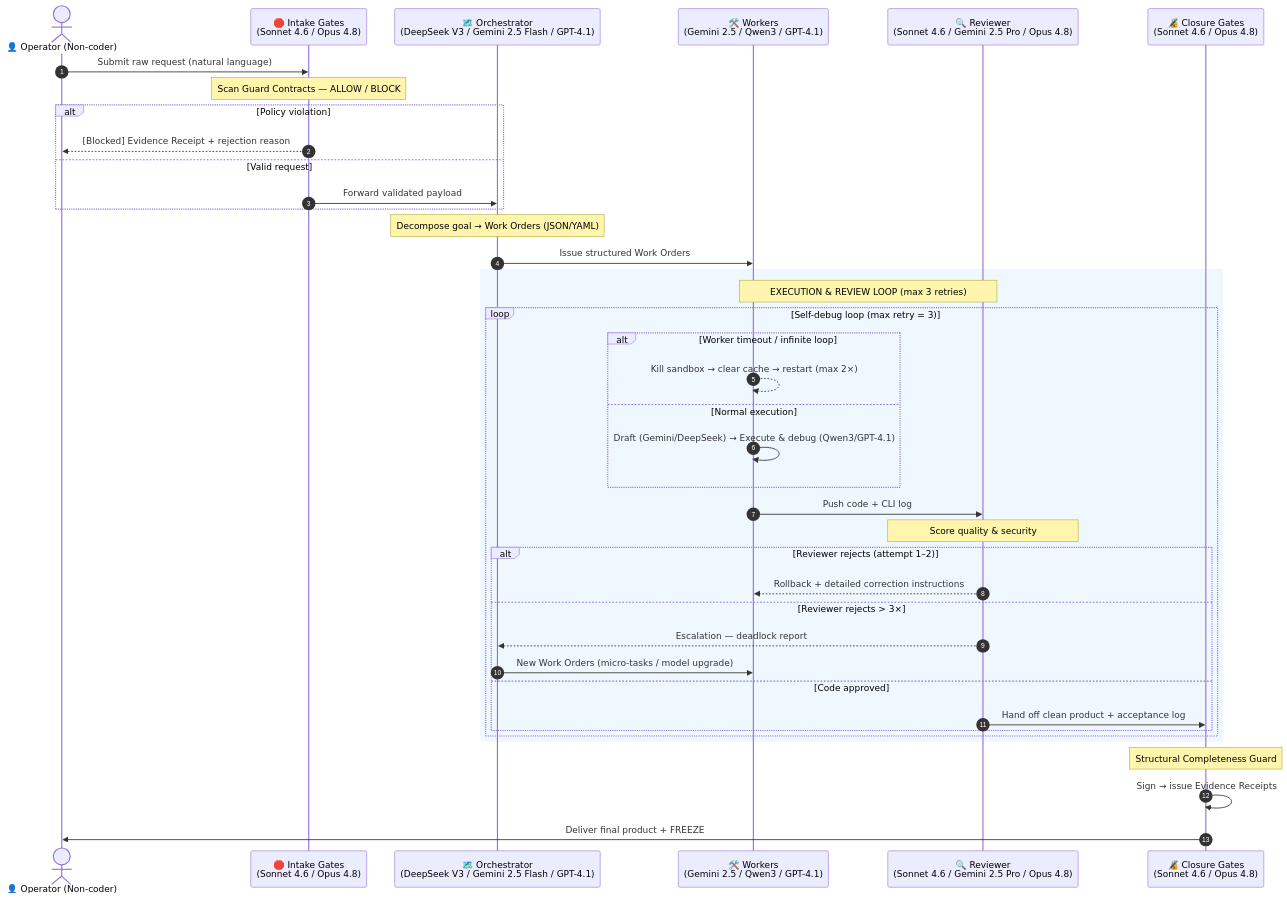
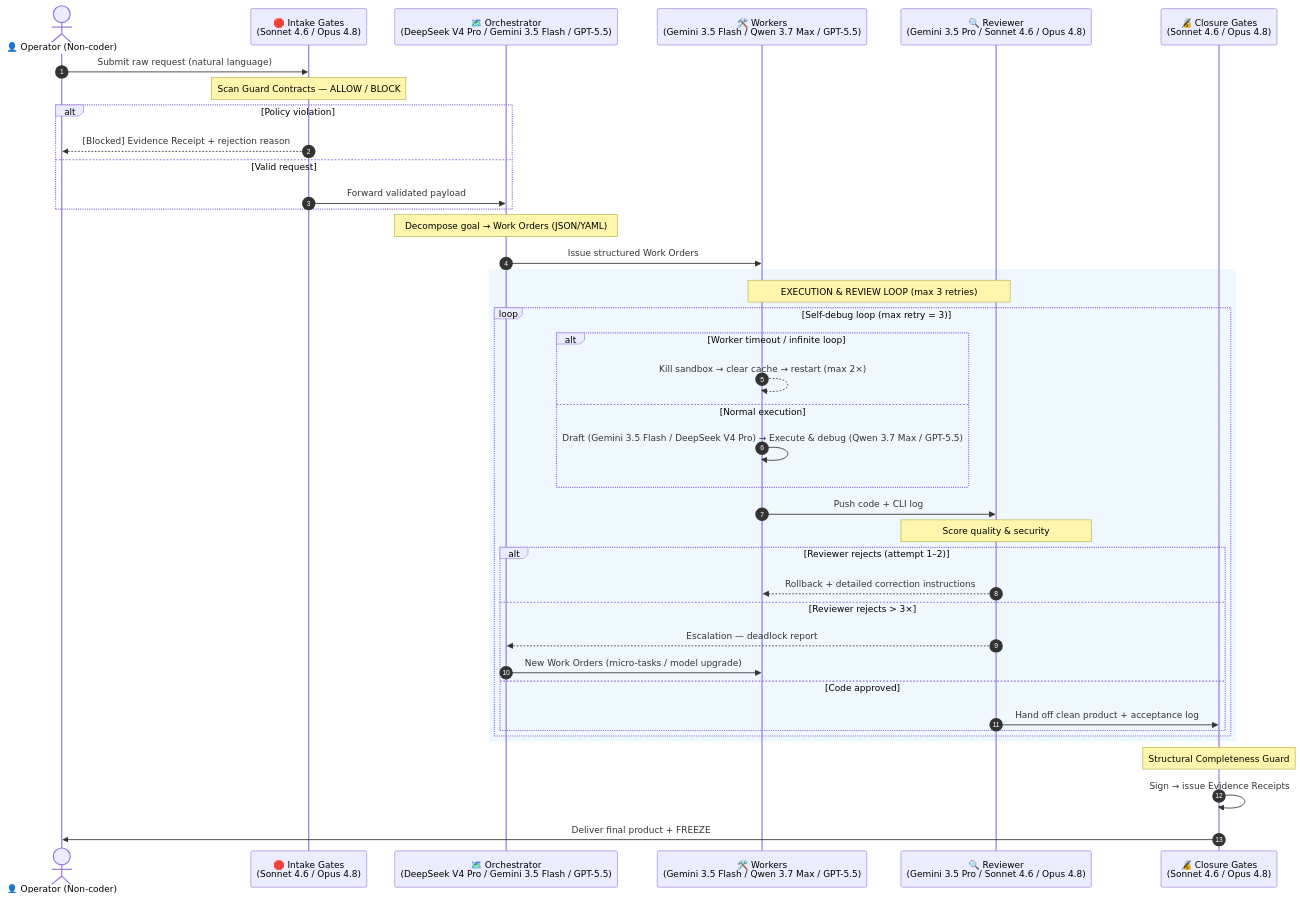
The second of 2 diagrams in README.md (Blackbird081/Controlled-Vibe-Framework-CVF), drawn with Mermaid before and after one commit. The commit also changed other lines of this file and 1 other file, not shown here.

````diff
--- a/README.md
+++ b/README.md
@@ -296,45 +296,45 @@
 ```mermaid
 sequenceDiagram
     autonumber
     actor Op as 👤 Operator (Non-coder)
     participant IG as 🛑 Intake Gates<br/>(Sonnet 4.6 / Opus 4.8)
-    participant Orch as 🗺️ Orchestrator<br/>(DeepSeek V3 / Gemini 2.5 Flash / GPT-4.1)
-    participant Wk as 🛠️ Workers<br/>(Gemini 2.5 / Qwen3 / GPT-4.1)
-    participant Rev as 🔍 Reviewer<br/>(Sonnet 4.6 / Gemini 2.5 Pro / Opus 4.8)
+    participant Orch as 🗺️ Orchestrator<br/>(DeepSeek V4 Pro / Gemini 3.5 Flash / GPT-5.5)
+    participant Wk as 🛠️ Workers<br/>(Gemini 3.5 Flash / Qwen 3.7 Max / GPT-5.5)
+    participant Rev as 🔍 Reviewer<br/>(Gemini 3.5 Pro / Sonnet 4.6 / Opus 4.8)
     participant CG as 🔏 Closure Gates<br/>(Sonnet 4.6 / Opus 4.8)
 
     Op->>IG: Submit raw request (natural language)
     Note over IG: Scan Guard Contracts — ALLOW / BLOCK
     alt Policy violation
         IG-->>Op: [Blocked] Evidence Receipt + rejection reason
     else Valid request
         IG->>Orch: Forward validated payload
     end
     Note over Orch: Decompose goal → Work Orders (JSON/YAML)
     Orch->>Wk: Issue structured Work Orders
 
     rect rgb(240, 248, 255)
         Note over Wk,Rev: EXECUTION & REVIEW LOOP (max 3 retries)
         loop Self-debug loop (max retry = 3)
             alt Worker timeout / infinite loop
                 Wk-->>Wk: Kill sandbox → clear cache → restart (max 2×)
             else Normal execution
-                Wk->>Wk: Draft (Gemini/DeepSeek) → Execute & debug (Qwen3/GPT-4.1)
+                Wk->>Wk: Draft (Gemini 3.5 Flash / DeepSeek V4 Pro) → Execute & debug (Qwen 3.7 Max / GPT-5.5)
             end
             Wk->>Rev: Push code + CLI log
             Note over Rev: Score quality & security
             alt Reviewer rejects (attempt 1–2)
                 Rev-->>Wk: Rollback + detailed correction instructions
             else Reviewer rejects > 3×
                 Rev-->>Orch: Escalation — deadlock report
                 Orch->>Wk: New Work Orders (micro-tasks / model upgrade)
             else Code approved
                 Rev->>CG: Hand off clean product + acceptance log
             end
         end
     end
 
     Note over CG: Structural Completeness Guard
     CG->>CG: Sign → issue Evidence Receipts
     CG->>Op: Deliver final product + FREEZE
 ```
````
